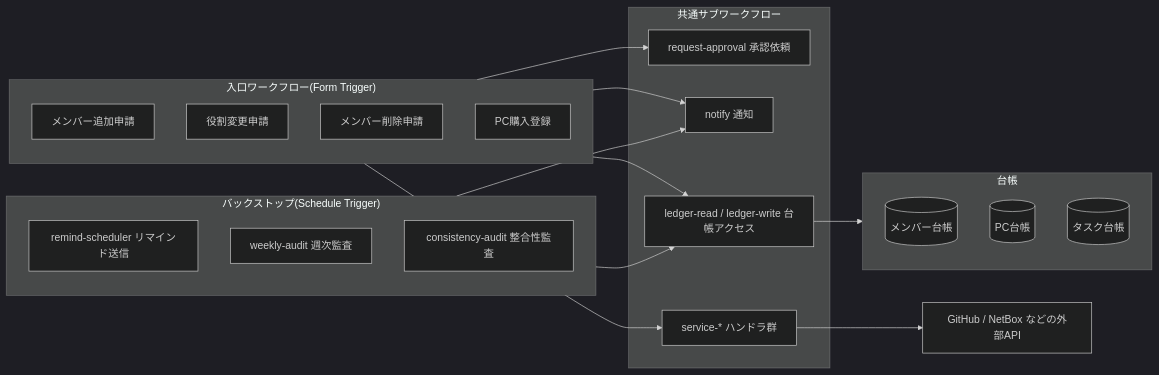
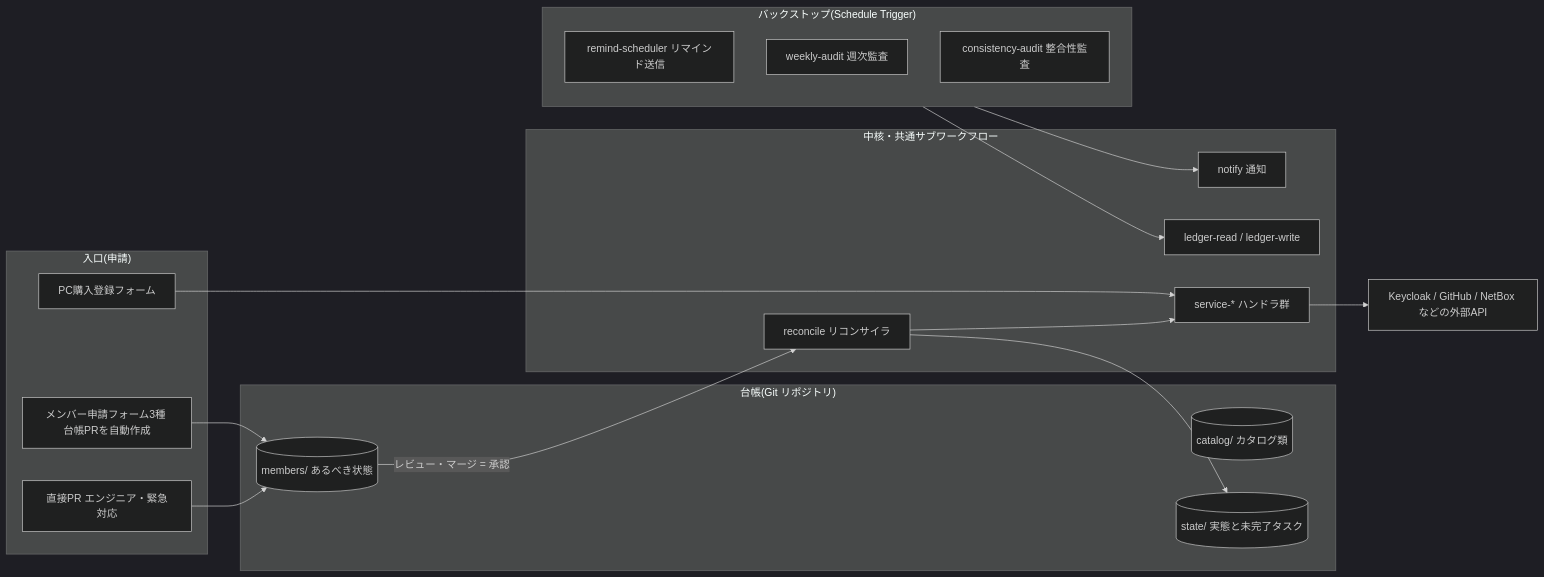
One commit to Koala-Heavy-Industries/n8n-test changed the diagram in docs/design/00-overview.md. Above: the diagram before and after it, drawn with Mermaid (dark theme). The commit also changed other lines of this file and 6 other files, not shown here.

````diff
--- a/docs/design/00-overview.md
+++ b/docs/design/00-overview.md
@@ -51,37 +70,37 @@
 ```mermaid
 flowchart LR
-    subgraph entry["入口ワークフロー(Form Trigger)"]
-        A1[メンバー追加申請]
-        A2[役割変更申請]
-        A3[メンバー削除申請]
-        A4[PC購入登録]
+    subgraph entry["入口(申請)"]
+        A1[メンバー申請フォーム3種 台帳PRを自動作成]
+        A2[直接PR エンジニア・緊急対応]
+        A4[PC購入登録フォーム]
     end
 
-    subgraph common["共通サブワークフロー"]
-        B1[request-approval 承認依頼]
+    subgraph ledger["台帳(Git リポジトリ)"]
+        D1[(members/ あるべき状態)]
+        D3[(catalog/ カタログ類)]
+        D2[(state/ 実態と未完了タスク)]
+    end
+
+    subgraph core["中核・共通サブワークフロー"]
+        B0[reconcile リコンサイラ]
         B2[notify 通知]
-        B3[ledger-read / ledger-write 台帳アクセス]
+        B3[ledger-read / ledger-write]
         B4[service-* ハンドラ群]
     end
 
     subgraph backstop["バックストップ(Schedule Trigger)"]
         C1[remind-scheduler リマインド送信]
         C2[weekly-audit 週次監査]
         C3[consistency-audit 整合性監査]
     end
 
-    subgraph state["台帳"]
-        D1[(メンバー台帳)]
-        D2[(PC台帳)]
-        D3[(タスク台帳)]
-    end
-
-    entry --> B1
-    entry --> B2
-    entry --> B4
-    entry --> B3
-    B3 --> state
+    A1 --> D1
+    A2 --> D1
+    A4 --> B4
+    D1 -->|レビュー・マージ = 承認| B0
+    B0 --> B4
+    B0 --> D2
+    B4 --> EXT[Keycloak / GitHub / NetBox などの外部API]
     backstop --> B3
     backstop --> B2
-    B4 --> EXT[GitHub / NetBox などの外部API]
 ```
````
